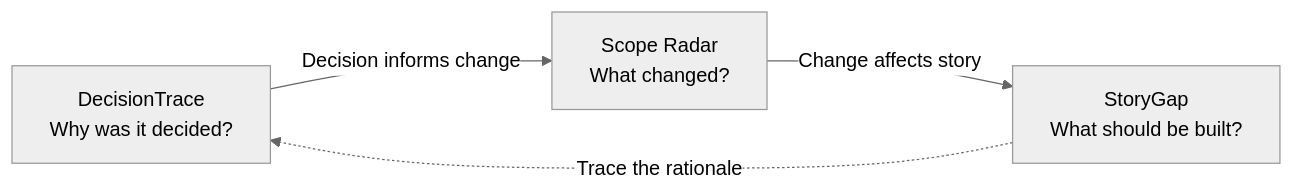
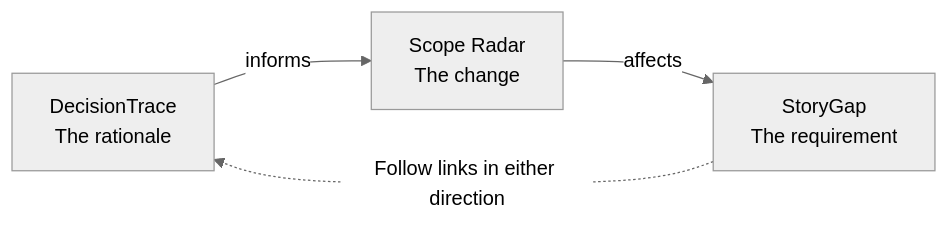
One commit to hrmonic/it-productivity-toolbox changed the diagram in README.md. Above: the diagram before and after it, drawn with Mermaid (neutral theme). The commit also changed other lines of this file and 22 other files, not shown here.

````diff
--- a/README.md
+++ b/README.md
@@ -113,9 +23,6 @@
 ```mermaid
 flowchart LR
-    D["DecisionTrace<br/>Why was it decided?"]
-    S["Scope Radar<br/>What changed?"]
-    G["StoryGap<br/>What should be built?"]
-    D -->|"Decision informs change"| S
-    S -->|"Change affects story"| G
-    G -.->|"Trace the rationale"| D
+  D["DecisionTrace<br/>The rationale"] -->|informs| C["Scope Radar<br/>The change"]
+  C -->|affects| S["StoryGap<br/>The requirement"]
+  S -.->|"Follow links in either direction"| D
 ```
````
